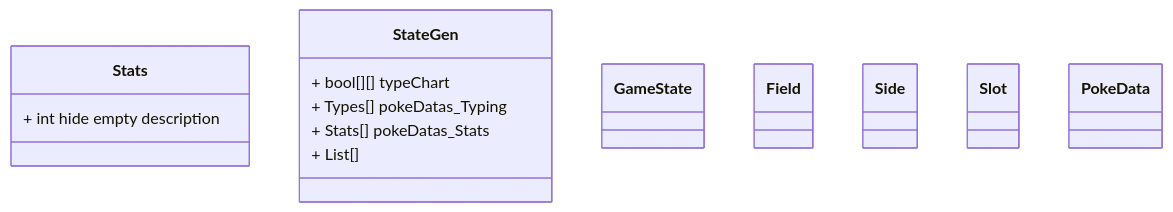
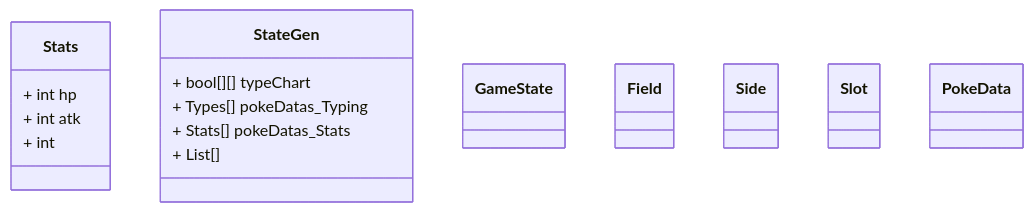
The diagram in all/Untitled.md (UtaSzane/iodraw-files), drawn with Mermaid before and after one commit.

Commit message:
2026-06-07 23:29:41 update

````diff
--- a/all/Untitled.md
+++ b/all/Untitled.md
@@ -1,27 +1,29 @@
 ```mermaid
 classDiagram
     class Stats {
-        + int hide empty description
+        + int hp
+        + int atk
+        + int
     }
     class StateGen {
         + bool[][] typeChart
         + Types[] pokeDatas_Typing
         + Stats[] pokeDatas_Stats
         + List[]
     }  
     class GameState {
 
     }
     class Field {
 
     }
     class Side {
 
     }
     class Slot {
 
     }
     class PokeData {
 
     }
 ```
````
